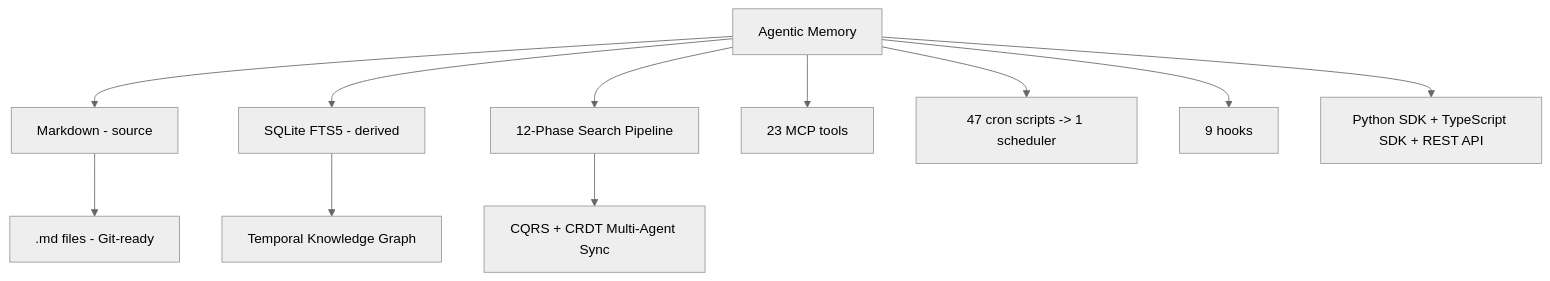
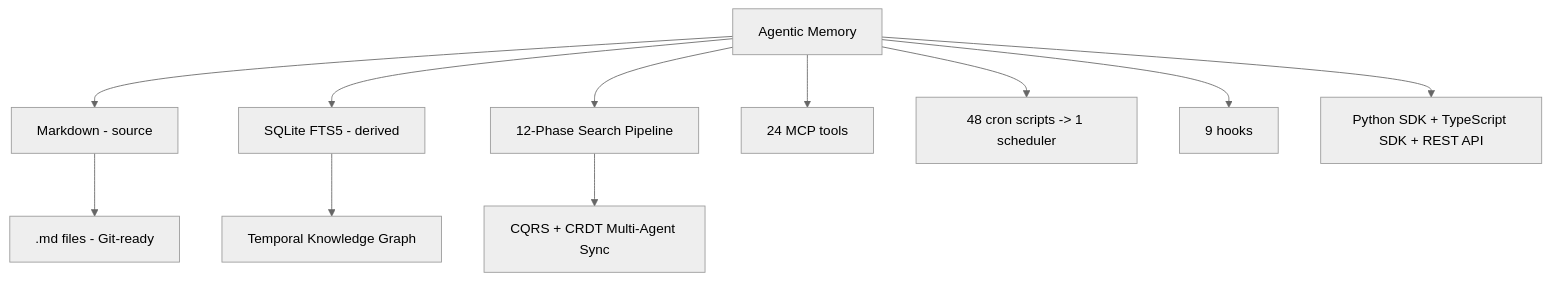
One commit to ArkaAiAdmin/Agentic-Memory changed the diagram in README.md. Above: the diagram before and after it, drawn with Mermaid (neutral theme). The commit also changed other lines of this file and 4 other files, not shown here.

````diff
--- a/README.md
+++ b/README.md
@@ -23,13 +23,13 @@
 ```mermaid
 graph TD
     A[Agentic Memory] --> B[Markdown - source]
     A --> C[SQLite FTS5 - derived]
     A --> D[12-Phase Search Pipeline]
     B --> E[.md files - Git-ready]
     C --> F[Temporal Knowledge Graph]
     D --> G[CQRS + CRDT Multi-Agent Sync]
-    A --> H[23 MCP tools]
-    A --> I[47 cron scripts -> 1 scheduler]
+    A --> H[24 MCP tools]
+    A --> I[48 cron scripts -> 1 scheduler]
     A --> J[9 hooks]
     A --> K[Python SDK + TypeScript SDK + REST API]
 ```
````
